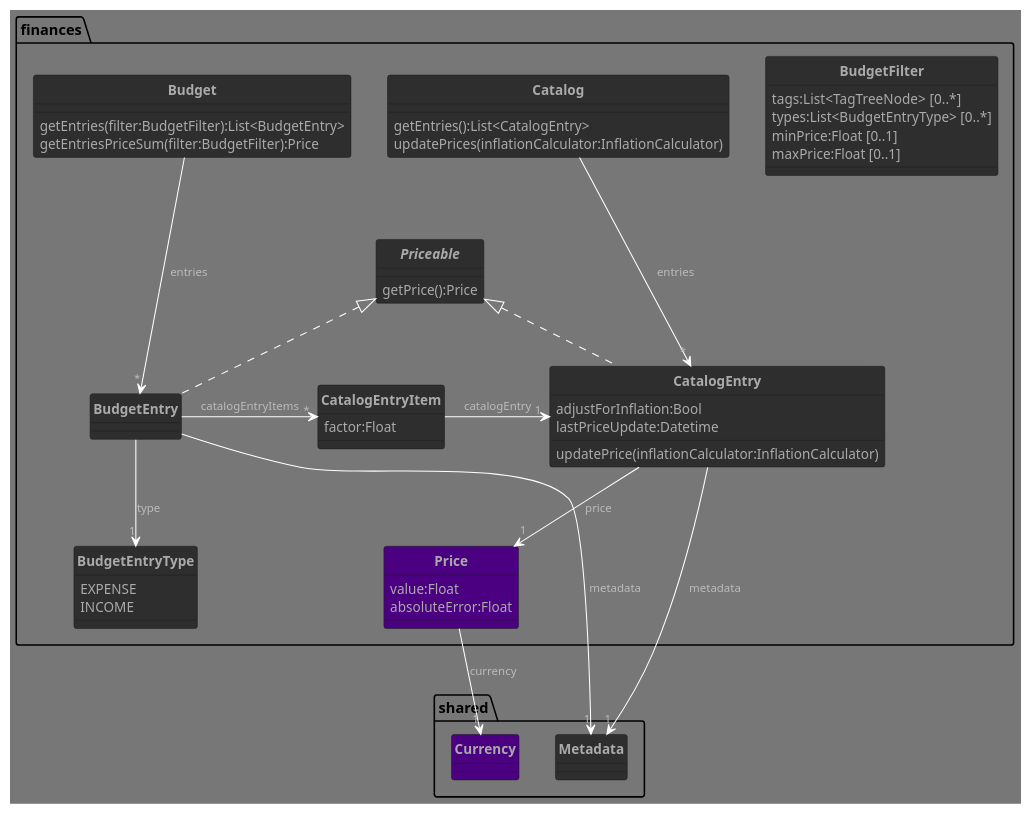
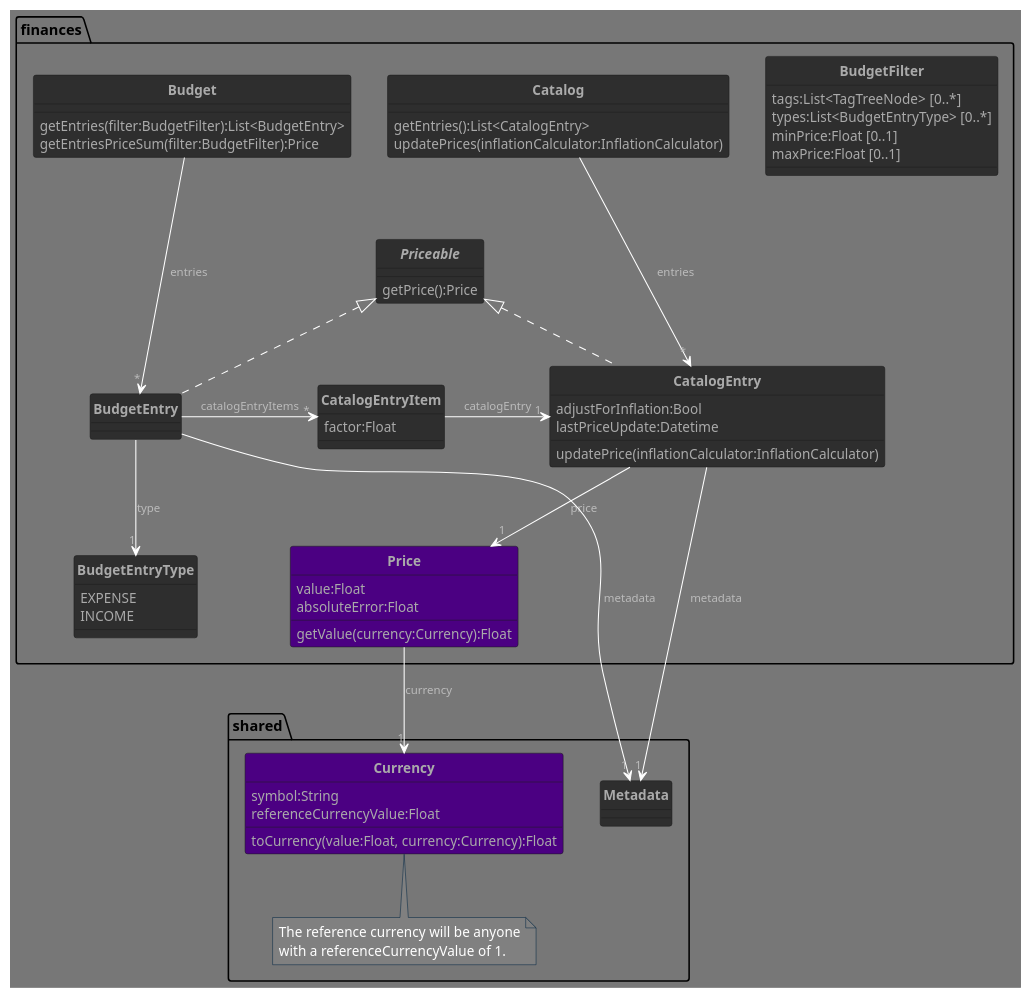
One commit to nachograffione/life-admin changed the fourth of 5 diagrams in dev/finances.md. Above: the diagram before and after it, drawn with PlantUML. The commit also changed other lines of this file and 1 other file, not shown here.

Commit message:
Add WorkArrangementManager needed classes to diagram

```diff
--- a/dev/finances.md
+++ b/dev/finances.md
@@ -232,13 +232,24 @@
 class finances.Price #Indigo {
   value:Float
   absoluteError:Float
+  getValue(currency:Currency):Float
 }
 
 class shared.Metadata {
 }
 
 class shared.Currency #Indigo {
+  symbol:String
+  referenceCurrencyValue:Float
+  toCurrency(value:Float, currency:Currency):Float
 }
+
+note as shared.n1
+The reference currency will be anyone
+with a referenceCurrencyValue of 1.
+end note
+
+shared.Currency .d. shared.n1
 
 shared.Metadata -[hidden]r-> shared.Currency
 
```
